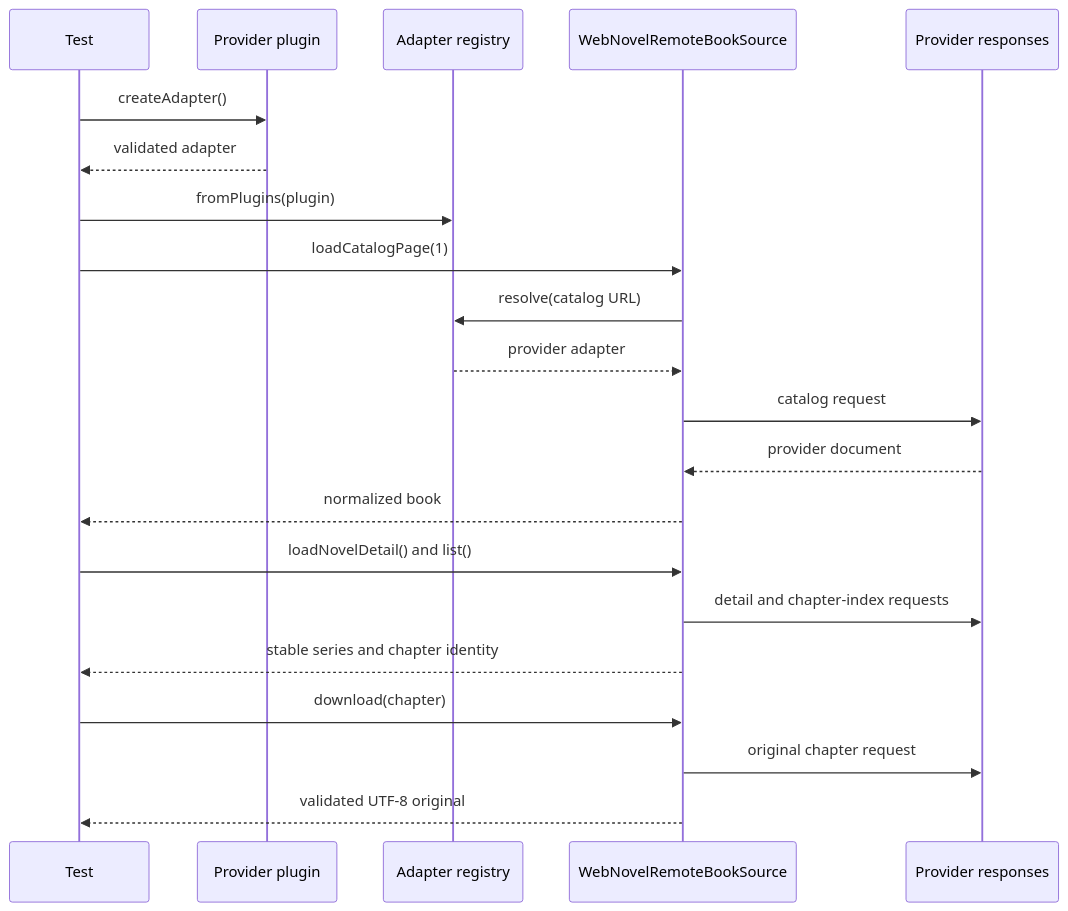
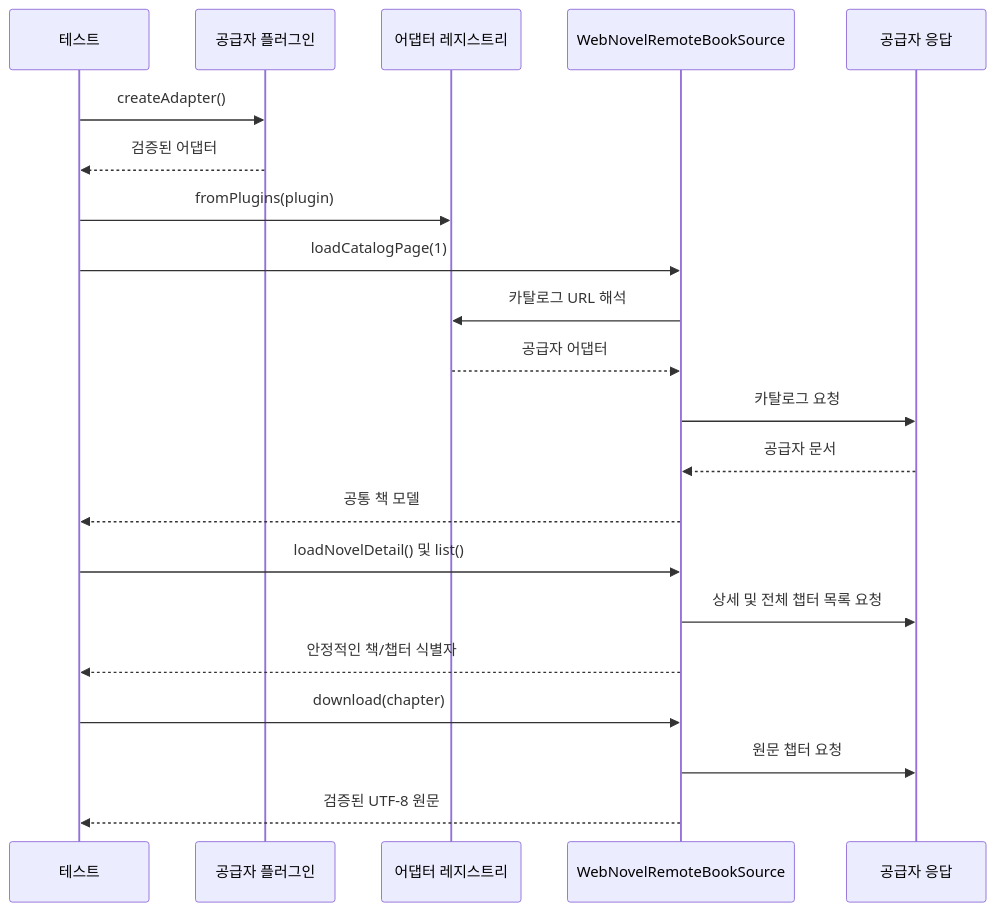
One commit to gongdongho12/PageTuner changed the second of 3 diagrams in docs/WEB_NOVEL_PROVIDER_PLUGINS.md. Above: the diagram before and after it, drawn with Mermaid. The commit also changed other lines of this file, not shown here.

Commit message:
docs(web-novel): 공급자 플러그인 문서 한국어화

````diff
--- a/docs/WEB_NOVEL_PROVIDER_PLUGINS.md
+++ b/docs/WEB_NOVEL_PROVIDER_PLUGINS.md
@@ -89,24 +85,24 @@
 ```mermaid
 sequenceDiagram
-    participant Test
-    participant Plugin as Provider plugin
-    participant Registry as Adapter registry
+    participant Test as 테스트
+    participant Plugin as 공급자 플러그인
+    participant Registry as 어댑터 레지스트리
     participant Source as WebNovelRemoteBookSource
-    participant Website as Provider responses
+    participant Website as 공급자 응답
 
     Test->>Plugin: createAdapter()
-    Plugin-->>Test: validated adapter
+    Plugin-->>Test: 검증된 어댑터
     Test->>Registry: fromPlugins(plugin)
     Test->>Source: loadCatalogPage(1)
-    Source->>Registry: resolve(catalog URL)
-    Registry-->>Source: provider adapter
-    Source->>Website: catalog request
-    Website-->>Source: provider document
-    Source-->>Test: normalized book
-    Test->>Source: loadNovelDetail() and list()
-    Source->>Website: detail and chapter-index requests
-    Source-->>Test: stable series and chapter identity
+    Source->>Registry: 카탈로그 URL 해석
+    Registry-->>Source: 공급자 어댑터
+    Source->>Website: 카탈로그 요청
+    Website-->>Source: 공급자 문서
+    Source-->>Test: 공통 책 모델
+    Test->>Source: loadNovelDetail() 및 list()
+    Source->>Website: 상세 및 전체 챕터 목록 요청
+    Source-->>Test: 안정적인 책/챕터 식별자
     Test->>Source: download(chapter)
-    Source->>Website: original chapter request
-    Source-->>Test: validated UTF-8 original
+    Source->>Website: 원문 챕터 요청
+    Source-->>Test: 검증된 UTF-8 원문
 ```
````
